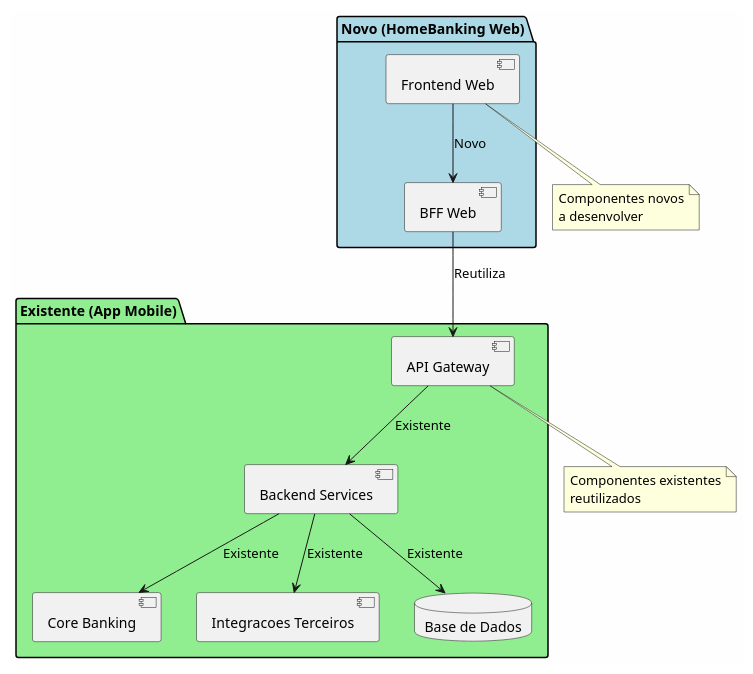
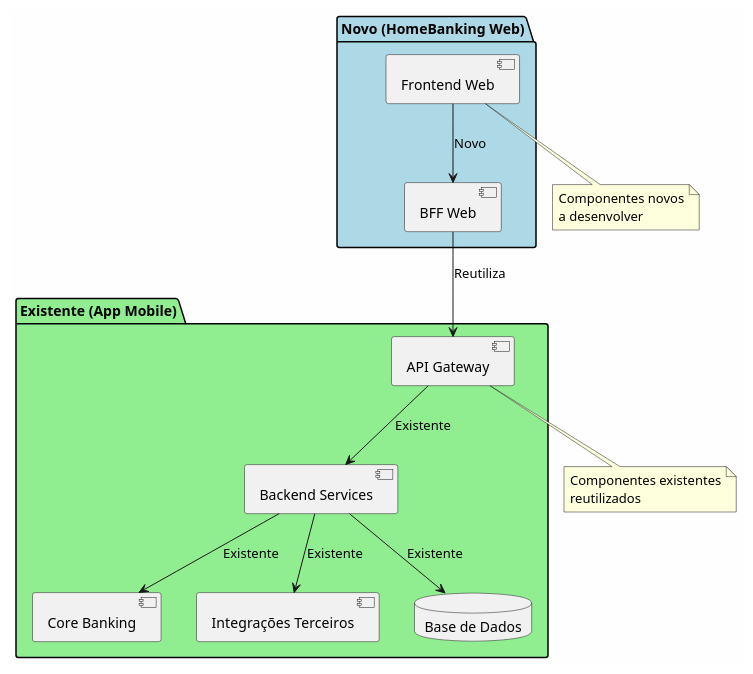
One commit to beduardo/novobanco_website_doc changed the third of 3 diagrams in current/sections/SEC-03-visao-geral-solucao.md. Above: the diagram before and after it, drawn with PlantUML. The commit also changed other lines of this file and 182 other files, not shown here.

````diff
--- a/current/sections/SEC-03-visao-geral-solucao.md
+++ b/current/sections/SEC-03-visao-geral-solucao.md
@@ -207,36 +207,36 @@
 ```plantuml
 @startuml
 skinparam backgroundColor #FEFEFE
 
 package "Novo (HomeBanking Web)" #LightBlue {
     [Frontend Web] as FE
     [BFF Web] as BFF
 }
 
 package "Existente (App Mobile)" #LightGreen {
     [API Gateway] as APIGW
     [Backend Services] as BE
     [Core Banking] as CORE
-    [Integracoes Terceiros] as THIRD
+    [Integrações Terceiros] as THIRD
     database "Base de Dados" as DB
 }
 
 FE --> BFF : Novo
 BFF --> APIGW : Reutiliza
 APIGW --> BE : Existente
 BE --> CORE : Existente
 BE --> THIRD : Existente
 BE --> DB : Existente
 
 note bottom of FE
   Componentes novos
   a desenvolver
 end note
 
 note bottom of APIGW
   Componentes existentes
   reutilizados
 end note
 
 @enduml
 ```
````
